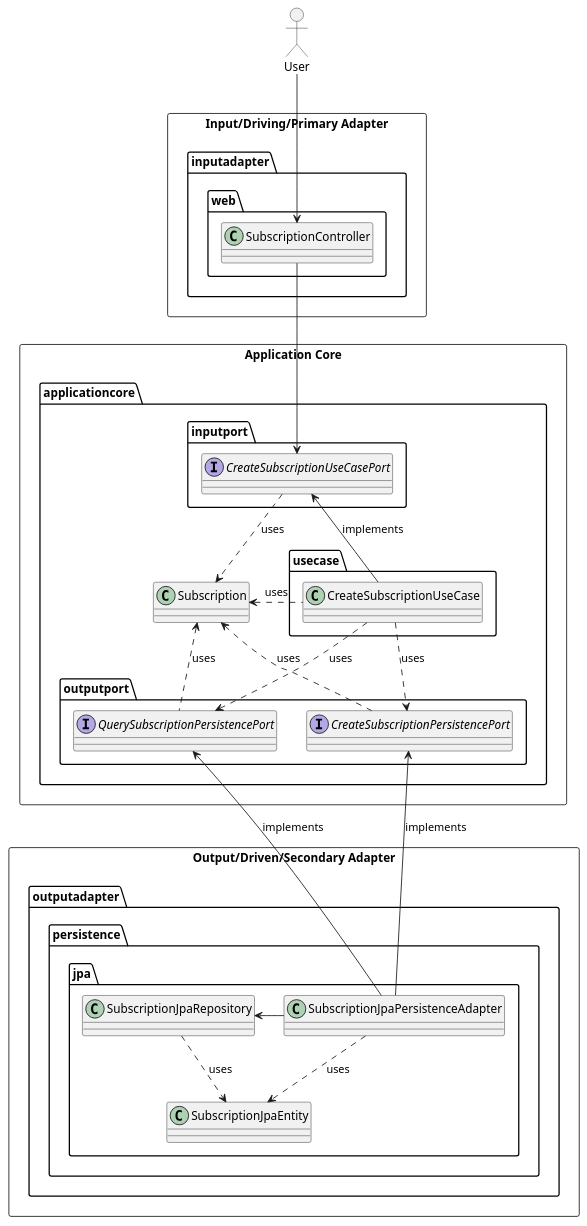
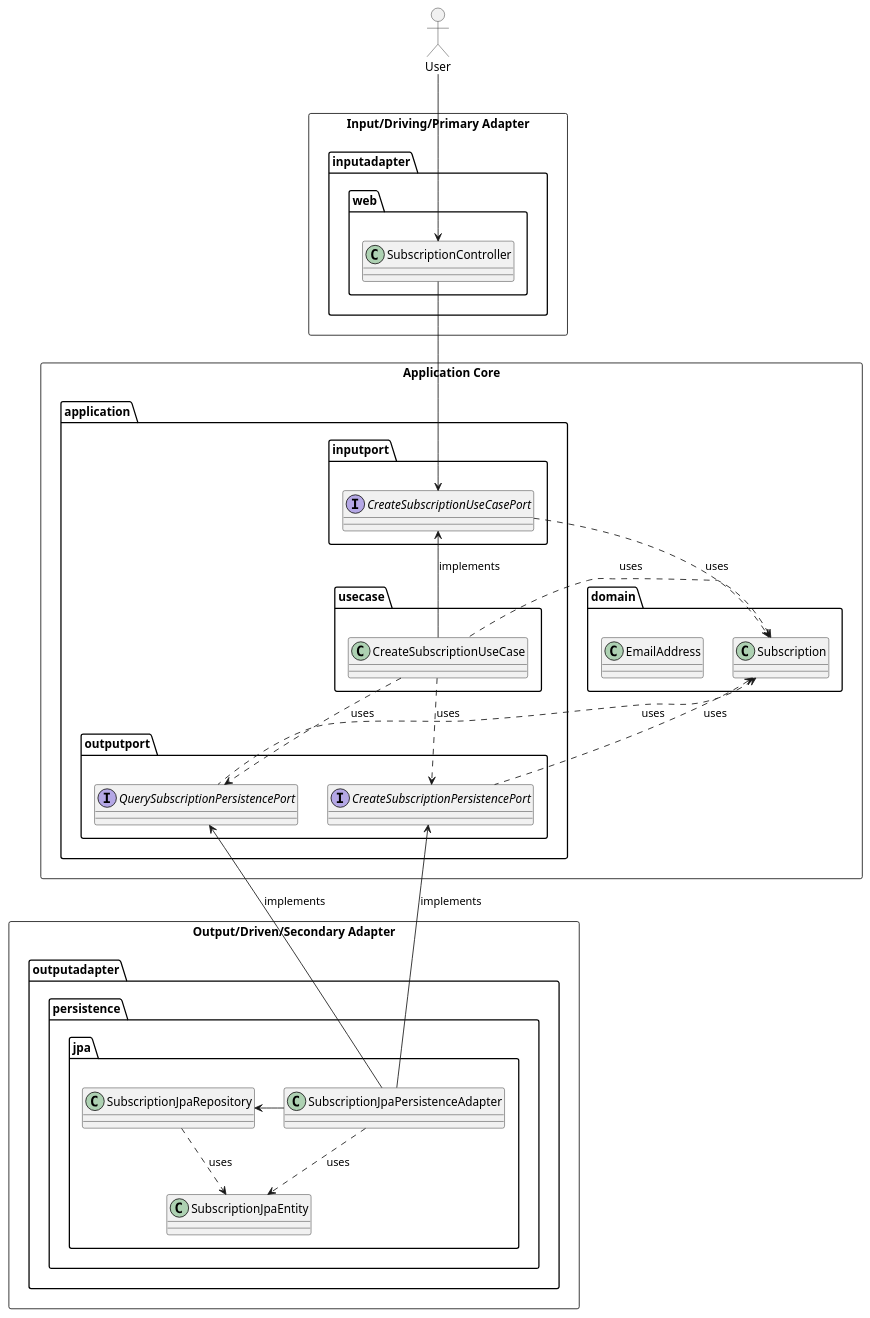
The diagram in hex/docs/diagrams/class.puml (abchau/architecture-by-examples), drawn with PlantUML before and after one commit. The commit also changed 15 other files, not shown here.

Commit message:
refactor(hex): split application core into domain and application

```diff
--- a/hex/docs/diagrams/class.puml
+++ b/hex/docs/diagrams/class.puml
@@ -1,62 +1,64 @@
 @startuml
 allowmixing
 
 rectangle "Input/Driving/Primary Adapter" {
 	package inputadapter {
 		package web {
 			class SubscriptionController
 		}
 	}
 }
 
 rectangle "Application Core" {
-	package applicationcore { 
+	package application { 
 		package usecase {
 			class CreateSubscriptionUseCase
 		}
 	
-		class Subscription
-
 		package inputport {
 			interface CreateSubscriptionUseCasePort
 		}
 
 		package outputport {
 			interface CreateSubscriptionPersistencePort
 			interface QuerySubscriptionPersistencePort
 		}
+	}
+	package domain { 
+		class Subscription
+		class EmailAddress
 	}
 }
 
 rectangle "Output/Driven/Secondary Adapter" {
 	package outputadapter {
 		package persistence {
 			package jpa {
 				class SubscriptionJpaPersistenceAdapter
 				class SubscriptionJpaRepository
 				class SubscriptionJpaEntity
 			}
 		}
 	}
 }
 
 actor User
 User -down-> SubscriptionController
 
 SubscriptionController -down-> CreateSubscriptionUseCasePort
 CreateSubscriptionUseCasePort .down.> Subscription: uses
 CreateSubscriptionUseCase -up-> CreateSubscriptionUseCasePort: implements
 CreateSubscriptionUseCase .left.> Subscription: uses
 CreateSubscriptionUseCase .down.> CreateSubscriptionPersistencePort: uses
 CreateSubscriptionUseCase .down.> QuerySubscriptionPersistencePort: uses
 
 CreateSubscriptionPersistencePort .up.> Subscription: uses
 QuerySubscriptionPersistencePort .up.> Subscription: uses
 
 SubscriptionJpaPersistenceAdapter -up-> CreateSubscriptionPersistencePort: implements
 SubscriptionJpaPersistenceAdapter -up-> QuerySubscriptionPersistencePort: implements
 SubscriptionJpaPersistenceAdapter -left-> SubscriptionJpaRepository
 SubscriptionJpaRepository ..> SubscriptionJpaEntity: uses
 SubscriptionJpaPersistenceAdapter ..> SubscriptionJpaEntity: uses
 
 @enduml
```
